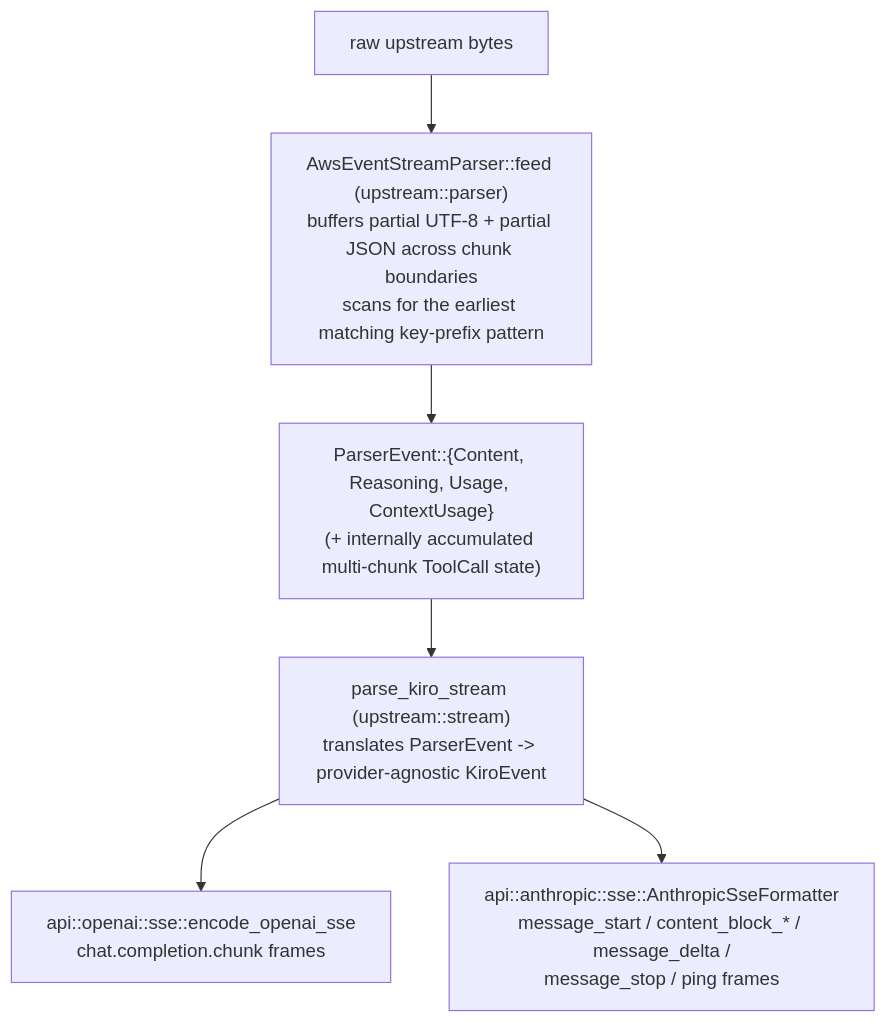
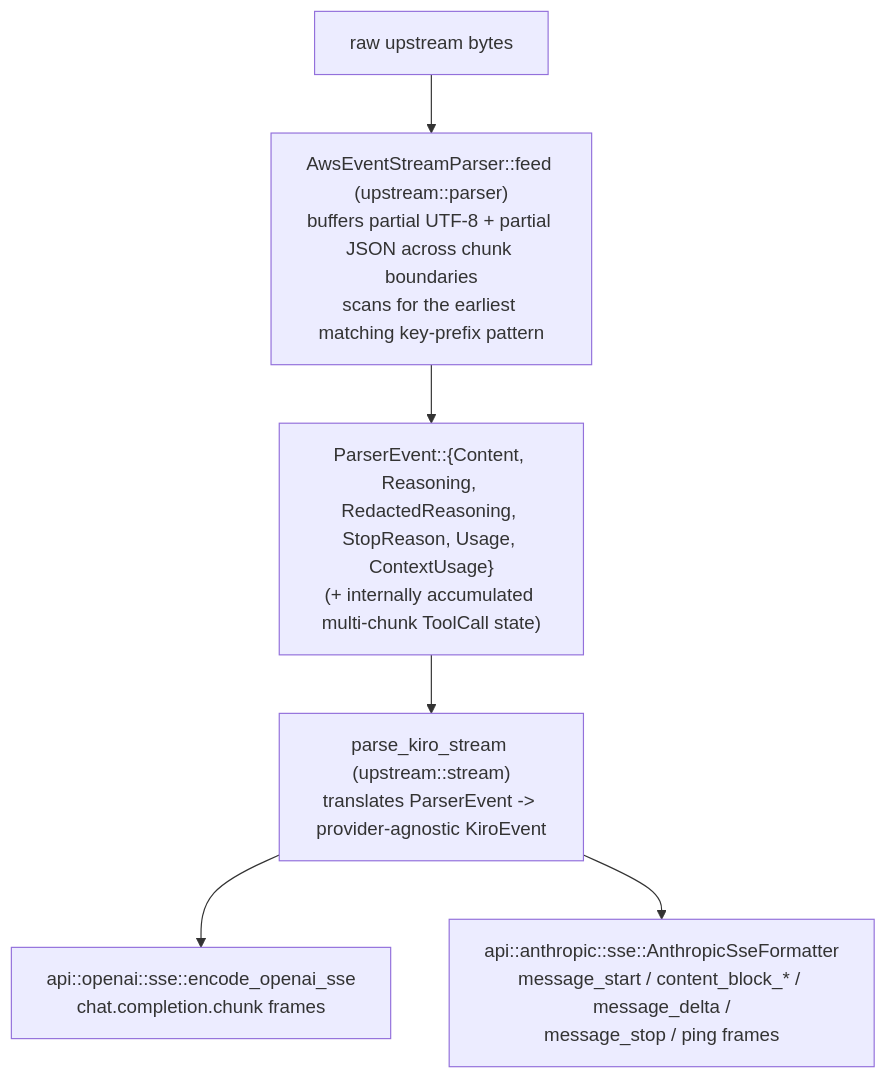
The first of 2 diagrams in docs/streaming.md (dennis0700/Lanius), drawn with Mermaid before and after one commit. The commit also changed other lines of this file and 45 other files, not shown here.

````diff
--- a/docs/streaming.md
+++ b/docs/streaming.md
@@ -10,15 +10,15 @@
 ```mermaid
 flowchart TD
     raw["raw upstream bytes"]
     feed["AwsEventStreamParser::feed (upstream::parser)<br/>buffers partial UTF-8 + partial JSON across chunk boundaries<br/>scans for the earliest matching key-prefix pattern"]
-    events["ParserEvent::{Content, Reasoning, Usage, ContextUsage}<br/>(+ internally accumulated multi-chunk ToolCall state)"]
+    events["ParserEvent::{Content, Reasoning, RedactedReasoning, StopReason, Usage, ContextUsage}<br/>(+ internally accumulated multi-chunk ToolCall state)"]
     parse_stream["parse_kiro_stream (upstream::stream)<br/>translates ParserEvent -&gt; provider-agnostic KiroEvent"]
     openai_sse["api::openai::sse::encode_openai_sse<br/>chat.completion.chunk frames"]
     anthropic_sse["api::anthropic::sse::AnthropicSseFormatter<br/>message_start / content_block_* / message_delta /<br/>message_stop / ping frames"]
 
     raw --> feed
     feed --> events
     events --> parse_stream
     parse_stream --> openai_sse
     parse_stream --> anthropic_sse
 ```
````
